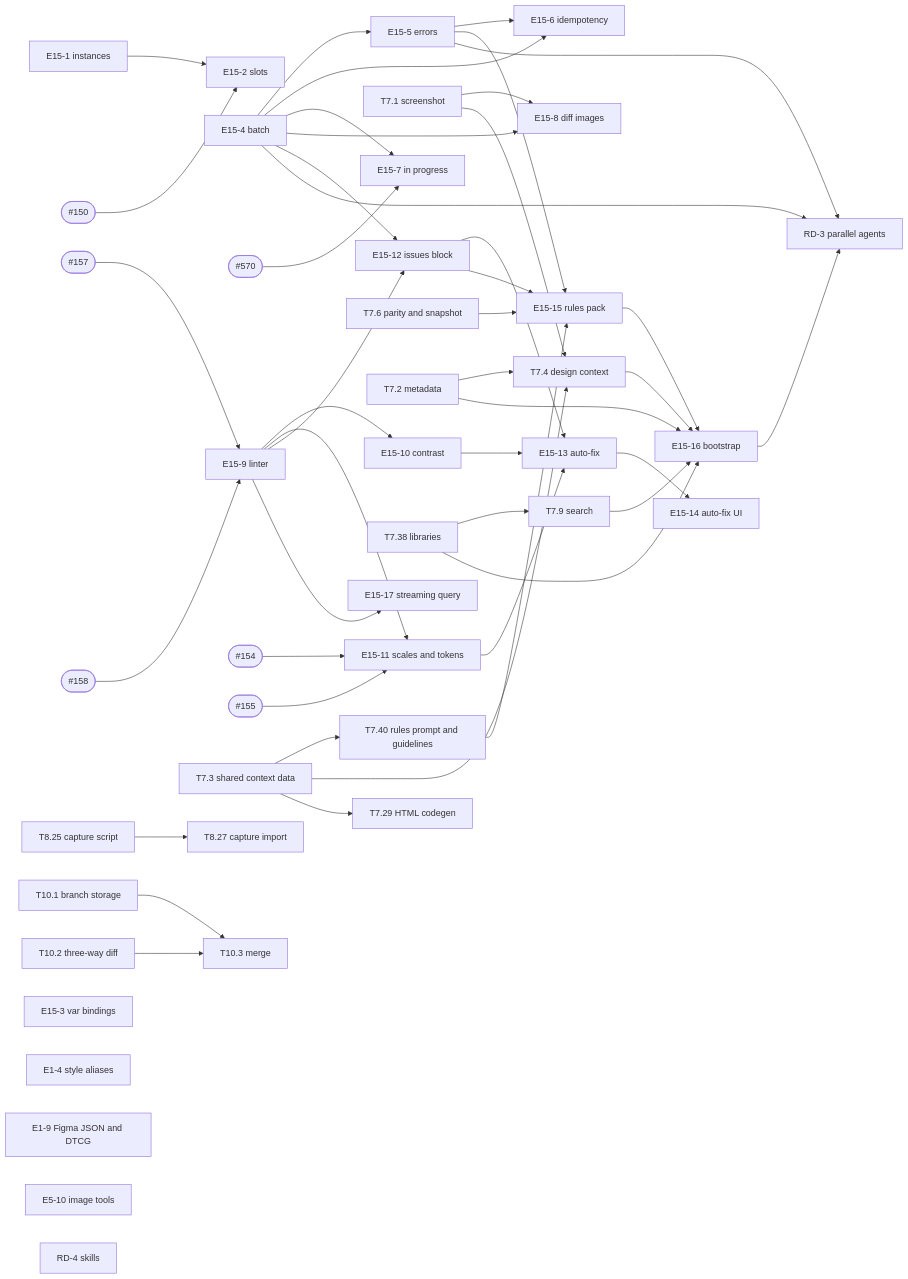
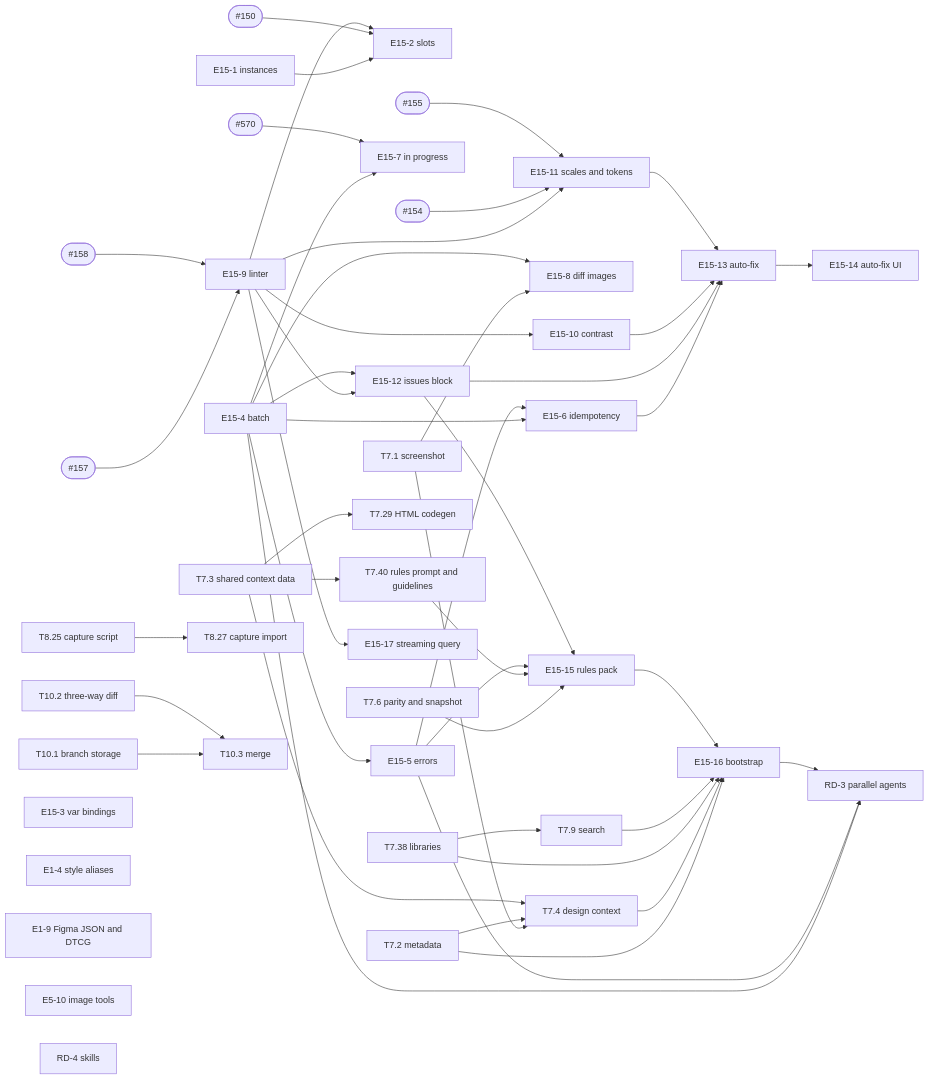
One commit to jangtrinh/design-os-studio changed the diagram in docs/specs/v0.6/README.md. Above: the diagram before and after it, drawn with Mermaid. The commit also changed other lines of this file and 8 other files, not shown here.

````diff
--- a/docs/specs/v0.6/README.md
+++ b/docs/specs/v0.6/README.md
@@ -71,51 +71,53 @@
 ```mermaid
 graph LR
   E15_1[E15-1 instances] --> E15_2[E15-2 slots]
   X150([#150]) --> E15_2
+  E15_9 --> E15_2
   E15_4[E15-4 batch] --> E15_5[E15-5 errors]
   E15_4 --> E15_6[E15-6 idempotency]
   E15_5 --> E15_6
+  E15_6 --> E15_13
   E15_4 --> E15_7[E15-7 in progress]
   X570([#570]) --> E15_7
   T7_1[T7.1 screenshot] --> E15_8[E15-8 diff images]
   E15_4 --> E15_8
   X157([#157]) --> E15_9[E15-9 linter]
   X158([#158]) --> E15_9
   E15_9 --> E15_10[E15-10 contrast]
   E15_9 --> E15_11[E15-11 scales and tokens]
   X154([#154]) --> E15_11
   X155([#155]) --> E15_11
   E15_9 --> E15_12[E15-12 issues block]
   E15_4 --> E15_12
   E15_12 --> E15_13[E15-13 auto-fix]
   E15_10 --> E15_13
   E15_11 --> E15_13
   E15_13 --> E15_14[E15-14 auto-fix UI]
   T7_3[T7.3 shared context data] --> T7_40[T7.40 rules prompt and guidelines]
   T7_6[T7.6 parity and snapshot] --> E15_15[E15-15 rules pack]
   T7_40 --> E15_15
   E15_5 --> E15_15
   E15_12 --> E15_15
   T7_1 --> T7_4[T7.4 design context]
   T7_2[T7.2 metadata] --> T7_4
   T7_3 --> T7_4
   T7_3 --> T7_29[T7.29 HTML codegen]
   T7_38[T7.38 libraries] --> T7_9[T7.9 search]
   T7_2 --> E15_16[E15-16 bootstrap]
   T7_4 --> E15_16
   T7_38 --> E15_16
   T7_9 --> E15_16
   E15_15 --> E15_16
   E15_9 --> E15_17[E15-17 streaming query]
   E15_4 --> RD3[RD-3 parallel agents]
   E15_5 --> RD3
   E15_16 --> RD3
   T8_25[T8.25 capture script] --> T8_27[T8.27 capture import]
   T10_1[T10.1 branch storage] --> T10_3[T10.3 merge]
   T10_2[T10.2 three-way diff] --> T10_3
   E15_3[E15-3 var bindings]
   E1_4[E1-4 style aliases]
   E1_9[E1-9 Figma JSON and DTCG]
   E5_10[E5-10 image tools]
   RD4[RD-4 skills]
 ```
````
